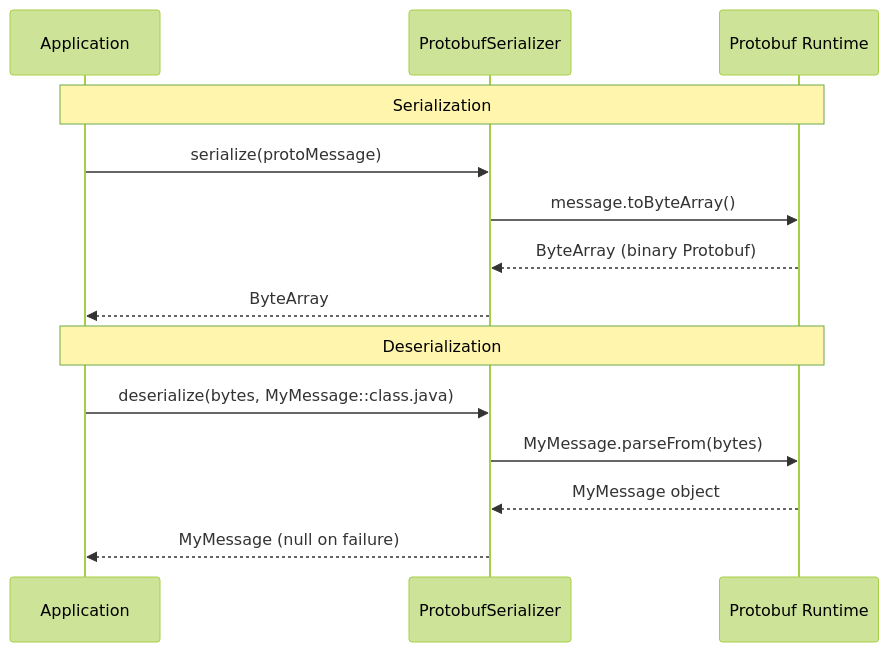
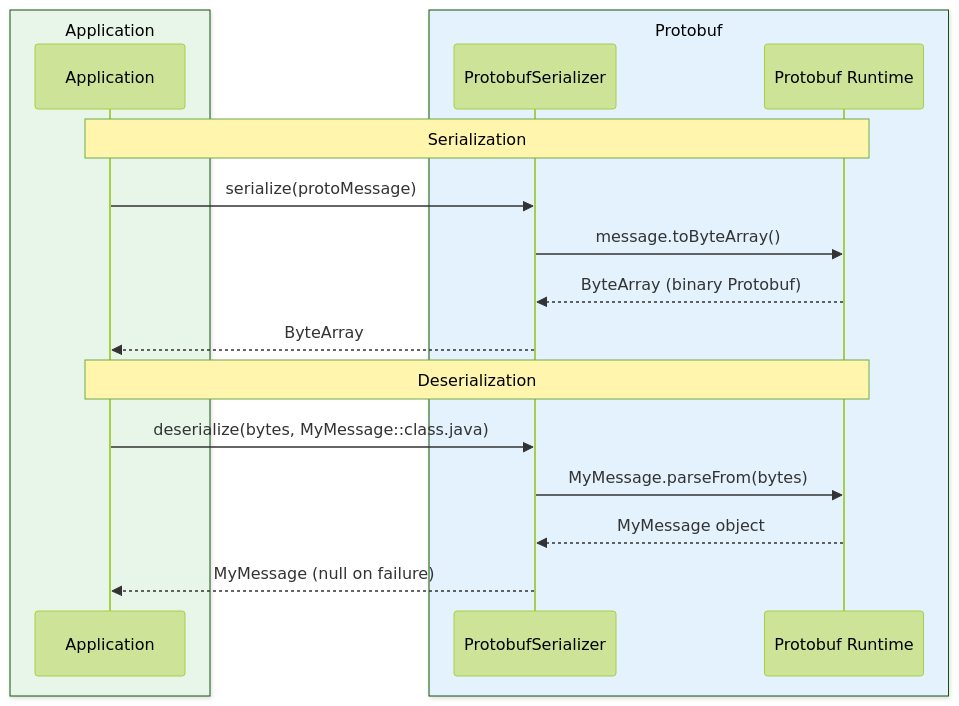
One commit to bluetape4k/bluetape4k-projects changed the third of 3 diagrams in io/protobuf/README.md. Above: the diagram before and after it, drawn with Mermaid (forest theme). The commit also changed other lines of this file and 221 other files, not shown here.

First line of the commit message:
docs: 전체 모듈 README UML 다이어그램 보강 및 색상 업그레이드

````diff
--- a/io/protobuf/README.md
+++ b/io/protobuf/README.md
@@ -101,18 +118,22 @@
 ```mermaid
 sequenceDiagram
-    participant App as Application
-    participant S as ProtobufSerializer
-    participant P as Protobuf Runtime
+    box rgb(232, 245, 233) Application
+        participant App as Application
+    end
+    box rgb(227, 242, 253) Protobuf
+        participant S as ProtobufSerializer
+        participant P as Protobuf Runtime
+    end
 
     Note over App,P: Serialization
     App->>S: serialize(protoMessage)
     S->>P: message.toByteArray()
     P-->>S: ByteArray (binary Protobuf)
     S-->>App: ByteArray
 
     Note over App,P: Deserialization
     App->>S: deserialize(bytes, MyMessage::class.java)
     S->>P: MyMessage.parseFrom(bytes)
     P-->>S: MyMessage object
     S-->>App: MyMessage (null on failure)
 ```
````
